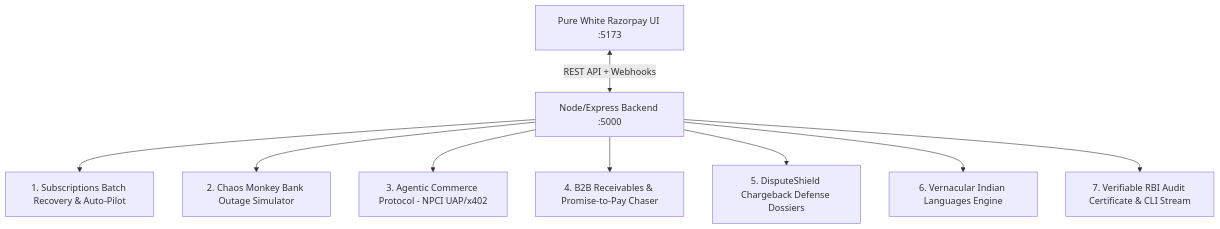
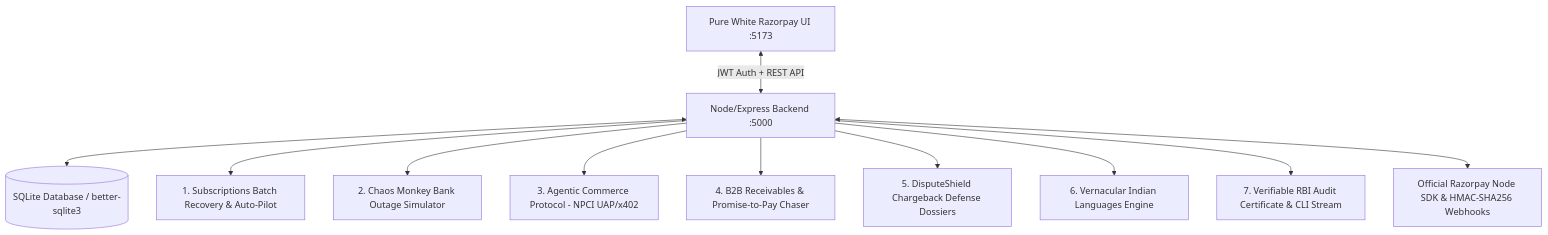
One commit to Deeppatil-AI/RevivePay changed the diagram in README.md. Above: the diagram before and after it, drawn with Mermaid. The commit also changed other lines of this file and 3 other files, not shown here.

````diff
--- a/README.md
+++ b/README.md
@@ -29,12 +23,15 @@
 ```mermaid
 graph TD
-    Client[Pure White Razorpay UI :5173] <-->|REST API + Webhooks| Server[Node/Express Backend :5000]
+    Client[Pure White Razorpay UI :5173] <-->|JWT Auth + REST API| Server[Node/Express Backend :5000]
+    Server <--> SQLite[(SQLite Database / better-sqlite3)]
     
     Server --> M1[1. Subscriptions Batch Recovery & Auto-Pilot]
     Server --> M2[2. Chaos Monkey Bank Outage Simulator]
     Server --> M3[3. Agentic Commerce Protocol - NPCI UAP/x402]
     Server --> M4[4. B2B Receivables & Promise-to-Pay Chaser]
     Server --> M5[5. DisputeShield Chargeback Defense Dossiers]
     Server --> M6[6. Vernacular Indian Languages Engine]
     Server --> M7[7. Verifiable RBI Audit Certificate & CLI Stream]
+    
+    Server <--> RZP[Official Razorpay Node SDK & HMAC-SHA256 Webhooks]
 ```
````
